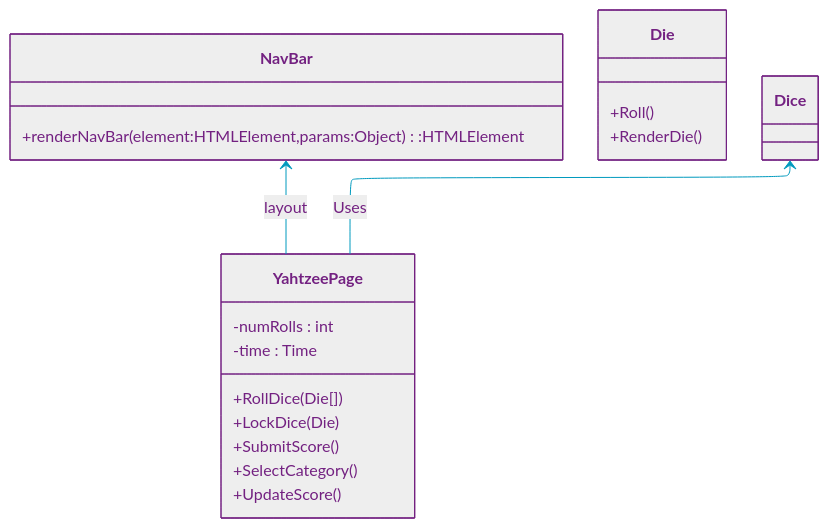
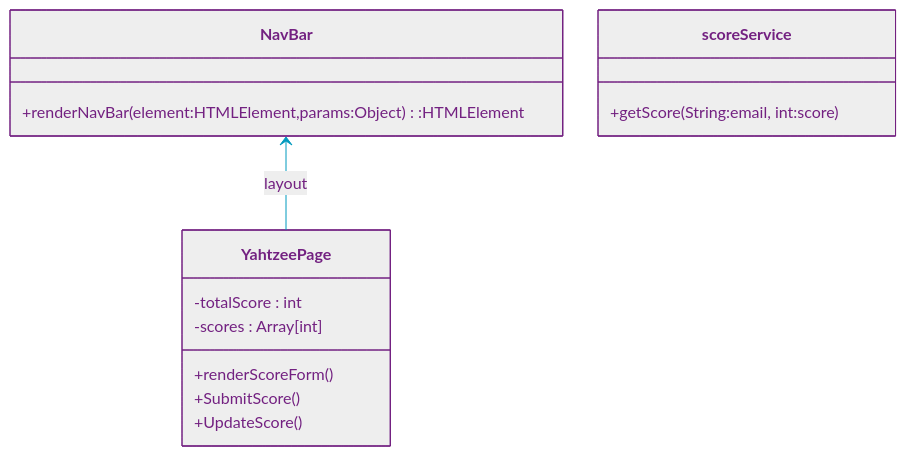
One commit to null-0ne/COSA-195-Gamehub changed the diagram in uml/icd.md. Above: the diagram before and after it, drawn with Mermaid. The commit also changed 1 other file, not shown here.

Commit message:
Same as last commit, just forgot to save changes before commiting last time

````diff
--- a/uml/icd.md
+++ b/uml/icd.md
@@ -3,37 +3,33 @@
 ```mermaid
 %%{init:{"securityLevel":"loose","layout":"elk","elk":{"nodePlacementStrategy":"NETWORK_SIMPLEX"},"theme":"base",
 "themeVariables":{"primaryColor":"#EEE","primaryTextColor":"#732181","primaryBorderColor":"#732181","lineColor":"#009ABE","noteBorderColor":"#732181","noteBkgColor":"#F38A00","activationBkgColor":"#F38A00"    }
 }}%%
 %%----------------------- MERMAID MARKUP BELOW --------------------%%
 classDiagram
 %%  direction LR
 
     class NavBar {
         +renderNavBar(element:HTMLElement,params:Object):HTMLElement
     }
 
-    class Die {
-        +Roll()
-        +RenderDie()
+    class YahtzeePage {
+        -totalScore : int
+        -scores : Array[int]
+        +renderScoreForm()
+        +SubmitScore()
+        +UpdateScore()
+
     }
 
-    class YahtzeePage {
-
-        -numRolls : int
-        -time : Time
-        +RollDice(Die[])
-        +LockDice(Die)
-        +SubmitScore()
-        +SelectCategory()
-        +UpdateScore()
+    class scoreService {
+        +getScore(String:email, int:score)
     }
 
     %% Relationships
     NavBar <-- YahtzeePage : layout
-    Dice <-- YahtzeePage : Uses
 
 
 
 
 %%----------------------- MERMAID MARKUP ABOVE --------------------%%
 ```
````
